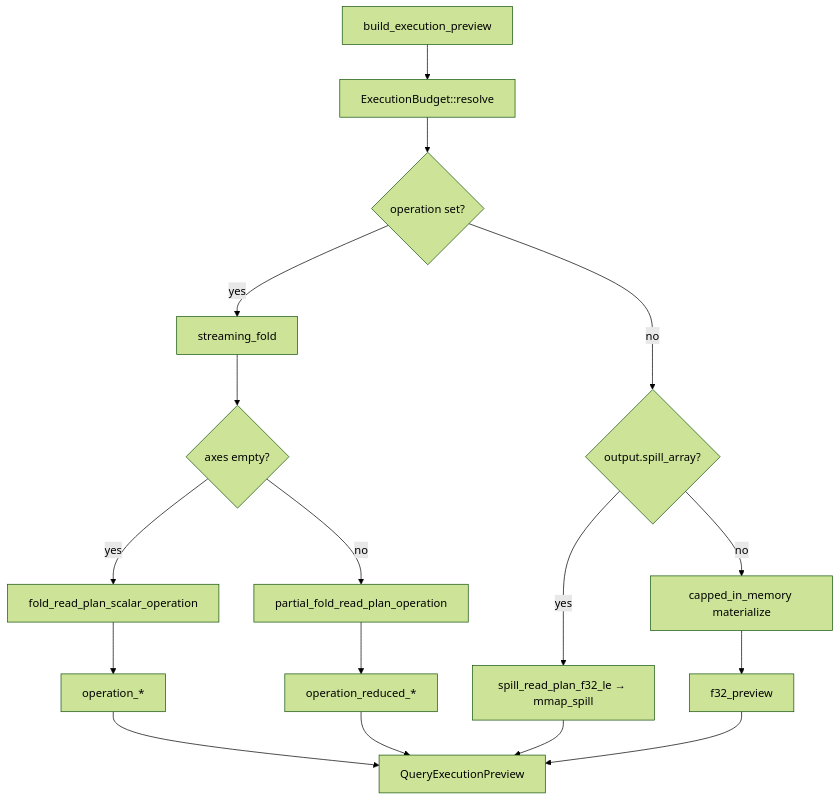
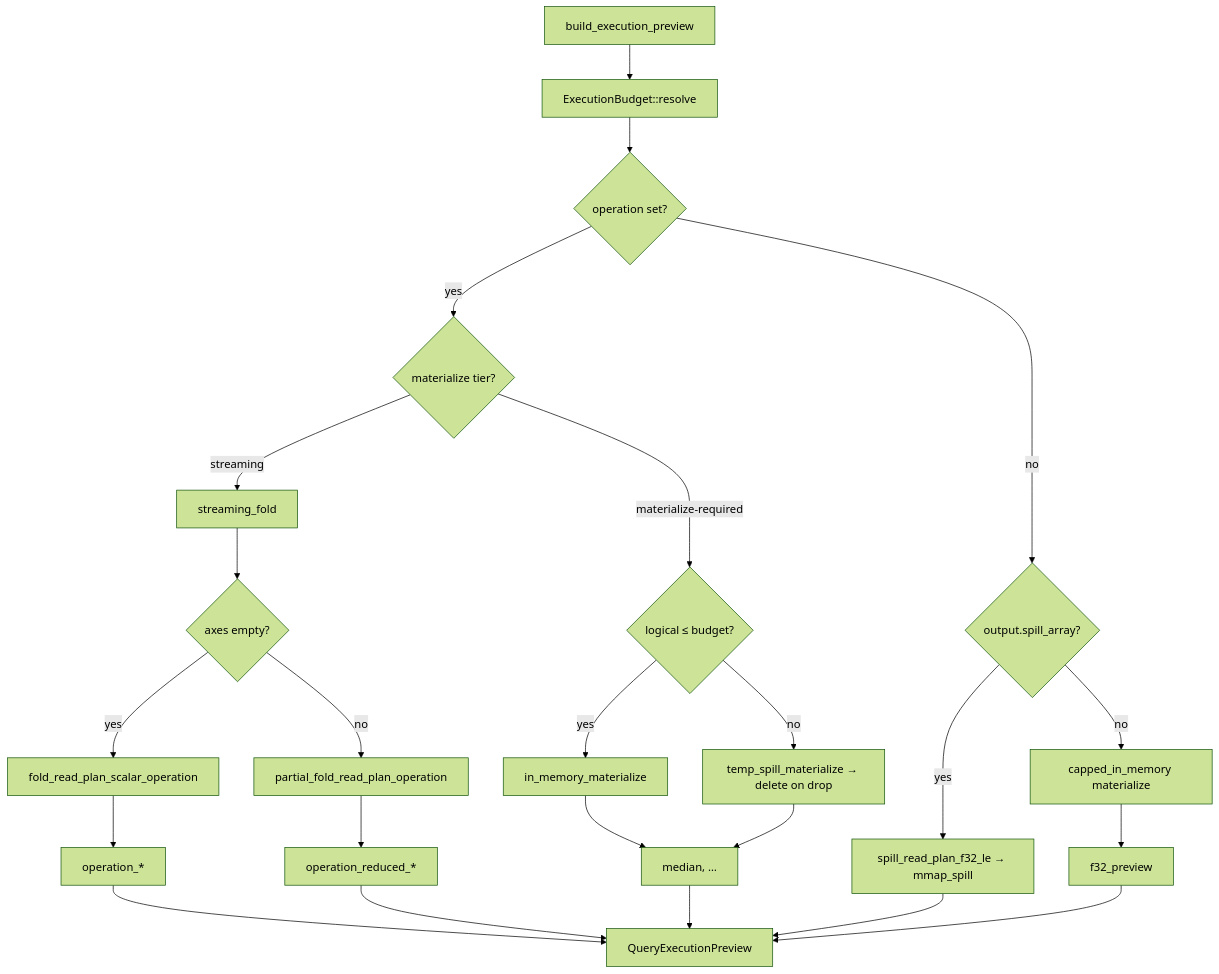
The second of 2 diagrams in docs/query_engine.md (thicclatka/tetration), drawn with Mermaid (forest theme) before and after one commit. The commit also changed other lines of this file and 22 other files, not shown here.

First line of the commit message:
feat(query): spill allowlist, tier-C median, argmin/max, and preview fixes

````diff
--- a/docs/query_engine.md
+++ b/docs/query_engine.md
@@ -116,24 +135,32 @@
 ```mermaid
 flowchart TD
     BEP["build_execution_preview"]
     Budget["ExecutionBudget::resolve"]
     BEP --> Budget
     Budget --> OpGate{"operation set?"}
 
-    OpGate -->|yes| FoldPath["streaming_fold"]
+    OpGate -->|yes| TierGate{"materialize tier?"}
+    TierGate -->|streaming| FoldPath["streaming_fold"]
     FoldPath --> Axes{"axes empty?"}
     Axes -->|yes| ScalarFold["fold_read_plan_scalar_operation"]
     Axes -->|no| PartialFold["partial_fold_read_plan_operation"]
     ScalarFold --> OpFields["operation_*"]
     PartialFold --> Reduced["operation_reduced_*"]
     OpFields --> Done["QueryExecutionPreview"]
     Reduced --> Done
+
+    TierGate -->|materialize-required| MatGate{"logical ≤ budget?"}
+    MatGate -->|yes| InRam["in_memory_materialize"]
+    MatGate -->|no| TempSpill["temp_spill_materialize → delete on drop"]
+    InRam --> TierCOp["median, …"]
+    TempSpill --> TierCOp
+    TierCOp --> Done
 
     OpGate -->|no| SpillGate{"output.spill_array?"}
     SpillGate -->|yes| Spill["spill_read_plan_f32_le → mmap_spill"]
     Spill --> Done
 
     SpillGate -->|no| CapMat["capped_in_memory materialize"]
     CapMat --> Preview["f32_preview"]
     Preview --> Done
 ```
````
